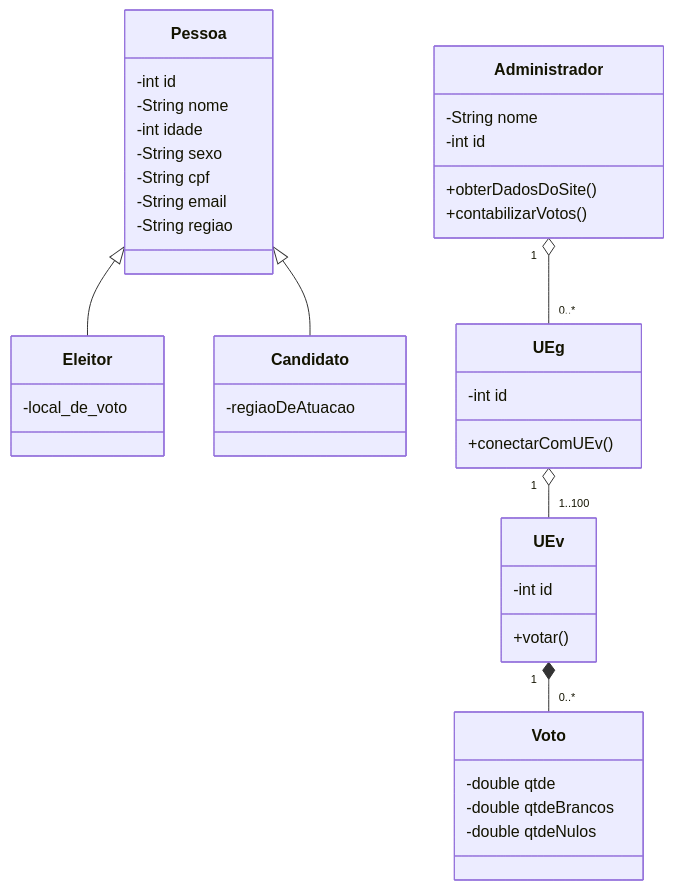
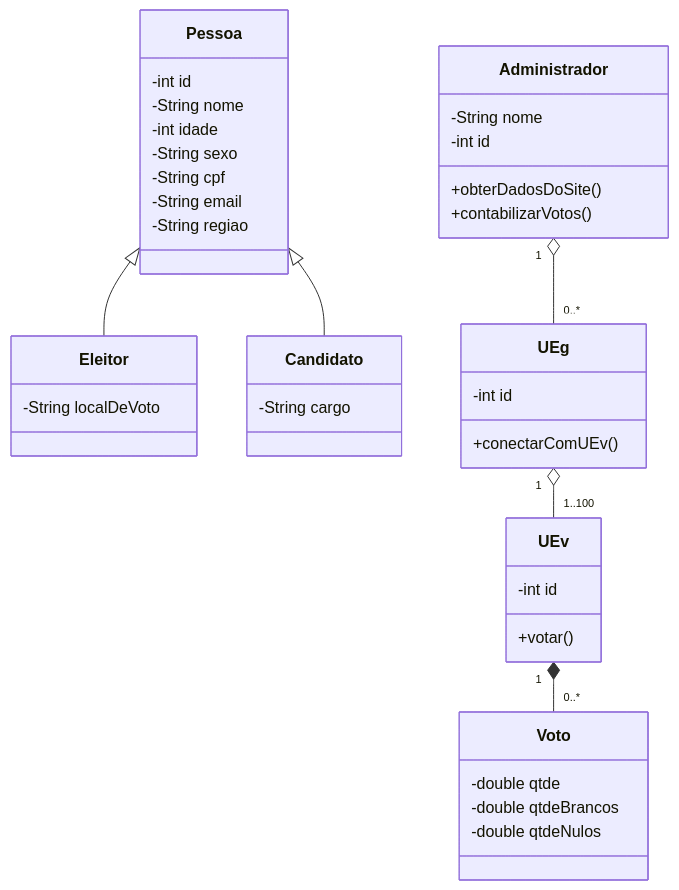
The diagram in Diagrama De Classes.md (HenriqueFinatti/Modelagem-De-Software-Orientado-a-Objetos), drawn with Mermaid before and after one commit.

Commit message:
Update Diagrama De Classes.md

````diff
--- a/Diagrama De Classes.md
+++ b/Diagrama De Classes.md
@@ -3,47 +3,47 @@
 ```mermaid
 classDiagram
 Pessoa <|-- Eleitor
 Pessoa <|-- Candidato
 Pessoa: -int id
 Pessoa: -String nome
 Pessoa: -int idade
 Pessoa: -String sexo
 Pessoa: -String cpf
 Pessoa: -String email
 Pessoa: -String regiao
 
-Eleitor: -local_de_voto
+Eleitor: -String localDeVoto
 
 class Candidato{
-  -regiaoDeAtuacao
+  -String cargo
 }
 
 class UEg{
   -int id
   +conectarComUEv()
 }
 
 class UEv{
   -int id
   +votar()
 }
 
 class Administrador{
   -String nome
   -int id
  +obterDadosDoSite()
  +contabilizarVotos()
 
 }
 
 class Voto{
   -double qtde
   -double qtdeBrancos
   -double qtdeNulos
 }
 
 Administrador "1" o-- "0..*" UEg
 UEg "1" o-- "1..100" UEv
 UEv "1" *-- "0..*" Voto
 
 ```
````
